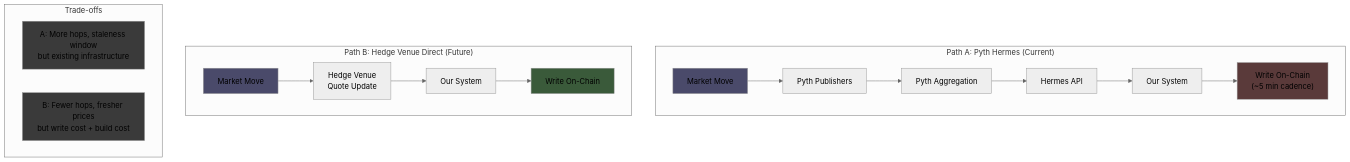
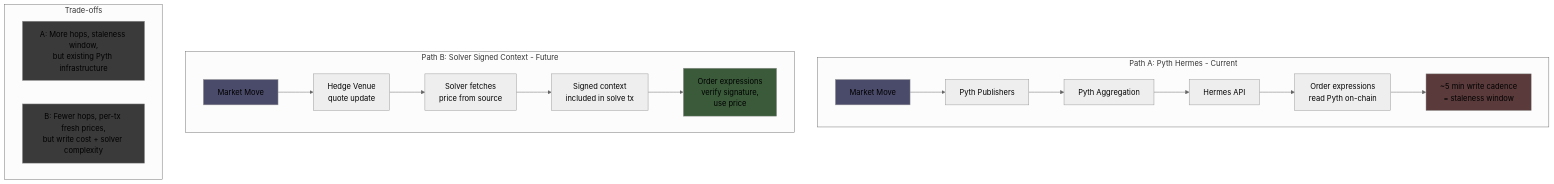
Before and after one commit to ST0x-Technology/st0x.liquidity: the eighth of 9 diagrams in TRUTH.md, drawn with Mermaid (neutral theme). The commit also changed other lines of this file, not shown here.

````diff
--- a/TRUTH.md
+++ b/TRUTH.md
@@ -351,28 +361,29 @@
 ```mermaid
 graph TD
-    subgraph "Path A: Pyth Hermes (Current)"
+    subgraph "Path A: Pyth Hermes - Current"
         A1[Market Move] --> A2[Pyth Publishers]
         A2 --> A3[Pyth Aggregation]
         A3 --> A4[Hermes API]
-        A4 --> A5[Our System]
-        A5 --> A6["Write On-Chain<br/>(~5 min cadence)"]
+        A4 --> A5["Order expressions<br/>read Pyth on-chain"]
+        A5 --> A6["~5 min write cadence<br/>= staleness window"]
     end
 
-    subgraph "Path B: Hedge Venue Direct (Future)"
-        B1[Market Move] --> B2[Hedge Venue<br/>Quote Update]
-        B2 --> B3[Our System]
-        B3 --> B4[Write On-Chain]
+    subgraph "Path B: Solver Signed Context - Future"
+        B1[Market Move] --> B2["Hedge Venue<br/>quote update"]
+        B2 --> B3["Solver fetches<br/>price from source"]
+        B3 --> B4["Signed context<br/>included in solve tx"]
+        B4 --> B5["Order expressions<br/>verify signature,<br/>use price"]
     end
 
     subgraph "Trade-offs"
-        T1["A: More hops, staleness window<br/>but existing infrastructure"]
-        T2["B: Fewer hops, fresher prices<br/>but write cost + build cost"]
+        T1["A: More hops, staleness window,<br/>but existing Pyth infrastructure"]
+        T2["B: Fewer hops, per-tx fresh prices,<br/>but write cost + solver complexity"]
     end
 
     style A1 fill:#4a4a6a
     style A6 fill:#5a3a3a
     style B1 fill:#4a4a6a
-    style B4 fill:#3a5a3a
+    style B5 fill:#3a5a3a
     style T1 fill:#3a3a3a
     style T2 fill:#3a3a3a
 ```
````
